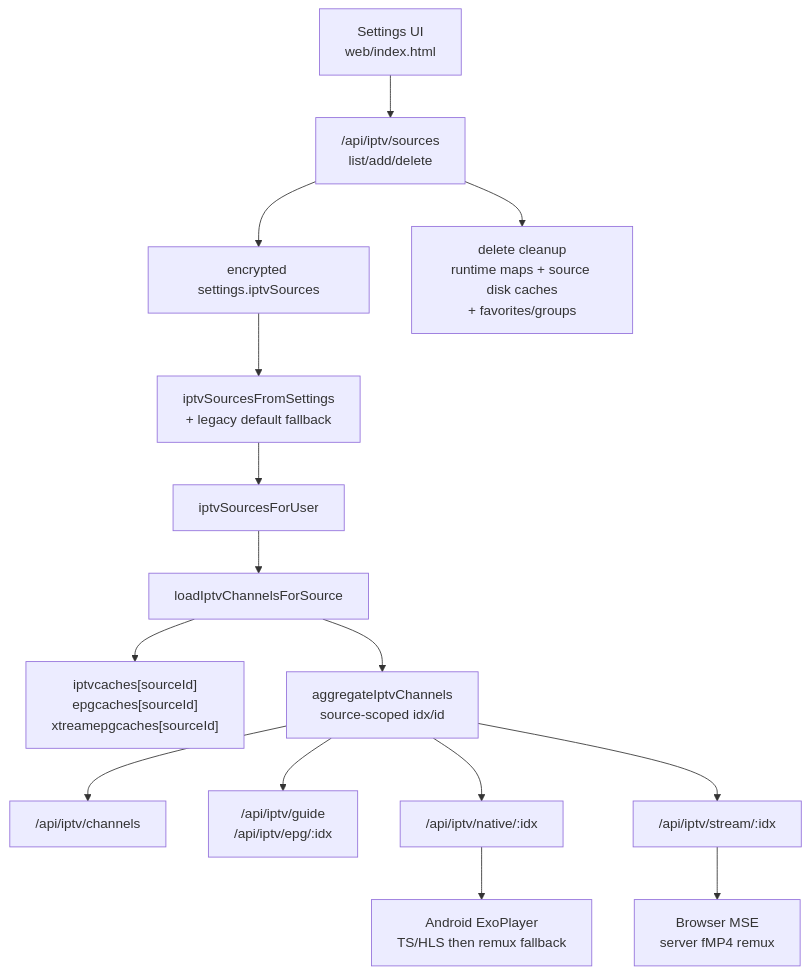
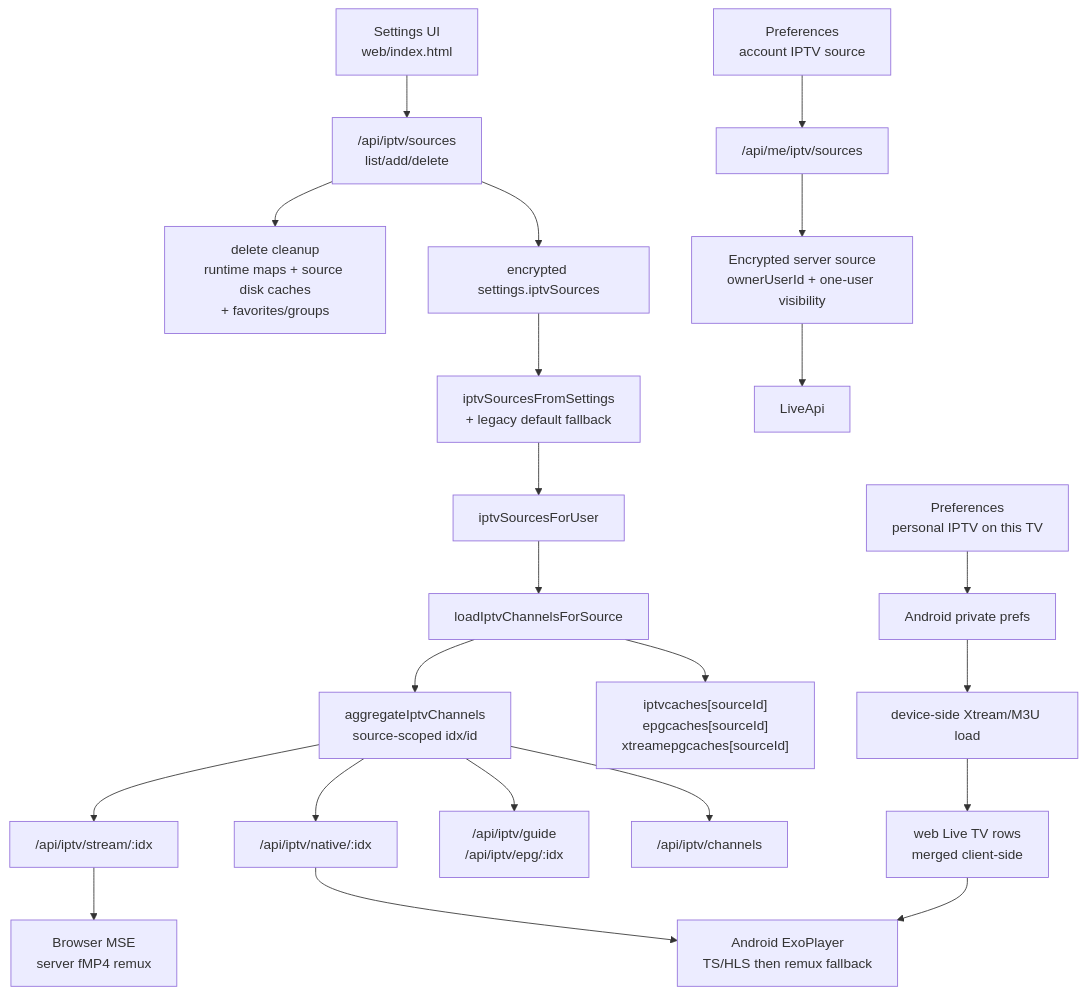
The diagram in docs-player-regression-map.md (d1same/triboon), drawn with Mermaid before and after one commit. The commit also changed other lines of this file and 12 other files, not shown here.

Commit message:
Release v1.5.5 personal IPTV sources

````diff
--- a/docs-player-regression-map.md
+++ b/docs-player-regression-map.md
@@ -16,17 +16,24 @@
 ```mermaid
 flowchart TD
   Settings["Settings UI\nweb/index.html"] --> SourcesApi["/api/iptv/sources\nlist/add/delete"]
   SourcesApi --> EncSettings["encrypted settings.iptvSources"]
   EncSettings --> SourceResolver["iptvSourcesFromSettings\n+ legacy default fallback"]
   SourceResolver --> UserFilter["iptvSourcesForUser"]
   UserFilter --> PerSourceLoad["loadIptvChannelsForSource"]
   PerSourceLoad --> SourceCaches["iptvcaches[sourceId]\nepgcaches[sourceId]\nxtreamepgcaches[sourceId]"]
   PerSourceLoad --> Aggregate["aggregateIptvChannels\nsource-scoped idx/id"]
   Aggregate --> ChannelsApi["/api/iptv/channels"]
   Aggregate --> GuideApi["/api/iptv/guide\n/api/iptv/epg/:idx"]
   Aggregate --> NativeApi["/api/iptv/native/:idx"]
   Aggregate --> WebApi["/api/iptv/stream/:idx"]
   NativeApi --> Android["Android ExoPlayer\nTS/HLS then remux fallback"]
   WebApi --> Browser["Browser MSE\nserver fMP4 remux"]
   SourcesApi --> DeleteCleanup["delete cleanup\nruntime maps + source disk caches\n+ favorites/groups"]
+  UserPrefs["Preferences\naccount IPTV source"] --> UserApi["/api/me/iptv/sources"]
+  UserApi --> SharedSourceModel["Encrypted server source\nownerUserId + one-user visibility"]
+  SharedSourceModel --> LiveApi
+  AndroidPrefs["Preferences\npersonal IPTV on this TV"] --> AndroidStore["Android private prefs"]
+  AndroidStore --> DeviceLoad["device-side Xtream/M3U load"]
+  DeviceLoad --> LiveMerge["web Live TV rows\nmerged client-side"]
+  LiveMerge --> Android
 ```
````
